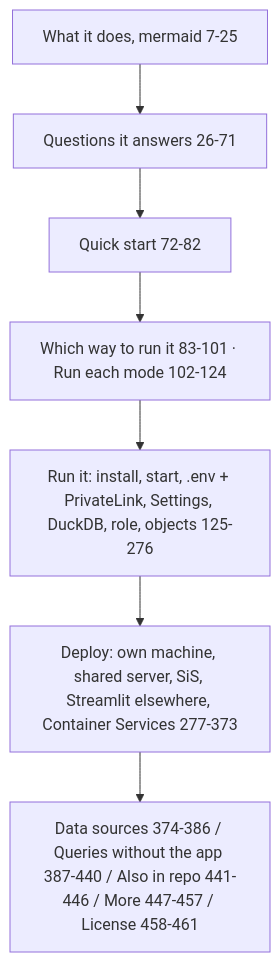
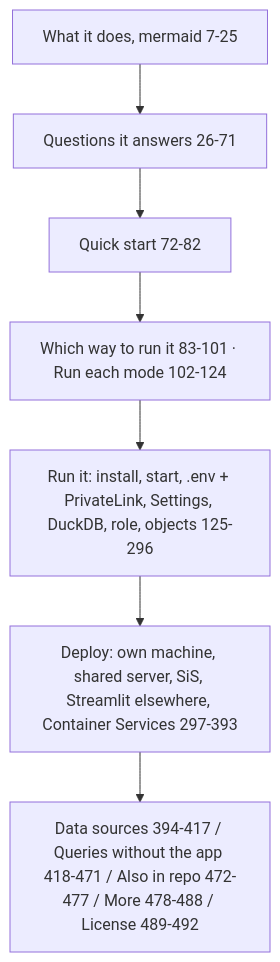
One commit to darshanmeel/snowflake-access-explorer changed the diagram in snowflake-access-explorer-knowledge-graph/documents/readme-md.md. Above: the diagram before and after it, drawn with Mermaid. The commit also changed other lines of this file and 97 other files, not shown here.

First line of the commit message:
Knowledge graph: updated for 80 commits (read levels, object inventory, object activity, graph focus, risks, Home)

````diff
--- a/snowflake-access-explorer-knowledge-graph/documents/readme-md.md
+++ b/snowflake-access-explorer-knowledge-graph/documents/readme-md.md
@@ -4,9 +4,9 @@
 ```mermaid
 flowchart TD
   A[What it does, mermaid 7-25] --> B[Questions it answers 26-71]
   B --> C[Quick start 72-82]
   C --> D[Which way to run it 83-101 · Run each mode 102-124]
-  D --> E[Run it: install, start, .env + PrivateLink, Settings, DuckDB, role, objects 125-276]
-  E --> F[Deploy: own machine, shared server, SiS, Streamlit elsewhere, Container Services 277-373]
-  F --> G[Data sources 374-386 / Queries without the app 387-440 / Also in repo 441-446 / More 447-457 / License 458-461]
+  D --> E[Run it: install, start, .env + PrivateLink, Settings, DuckDB, role, objects 125-296]
+  E --> F[Deploy: own machine, shared server, SiS, Streamlit elsewhere, Container Services 297-393]
+  F --> G[Data sources 394-417 / Queries without the app 418-471 / Also in repo 472-477 / More 478-488 / License 489-492]
 ```
````
